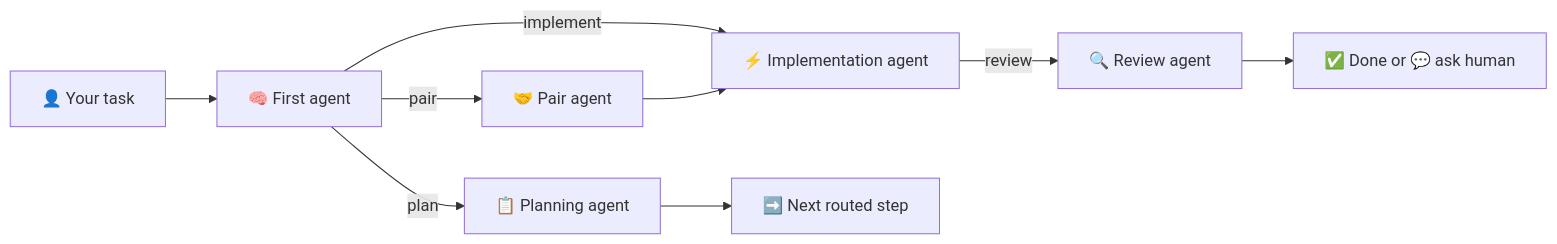
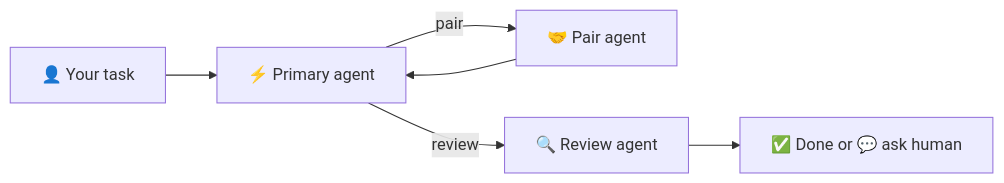
Before and after one commit to vjvkrm/coding-agent-git-pipe: the diagram in README.md, drawn with Mermaid. The commit also changed other lines of this file and 16 other files, not shown here.

````diff
--- a/README.md
+++ b/README.md
@@ -80,11 +80,8 @@
 ```mermaid
 flowchart LR
-    U["👤 Your task"] --> A["🧠 First agent"]
-    A -->|plan| P["📋 Planning agent"]
-    A -->|implement| I["⚡ Implementation agent"]
-    A -->|pair| X["🤝 Pair agent"]
-    I -->|review| R["🔍 Review agent"]
-    P --> N["➡️ Next routed step"]
-    X --> I
+    U["👤 Your task"] --> P["⚡ Primary agent"]
+    P -->|pair| X["🤝 Pair agent"]
+    P -->|review| R["🔍 Review agent"]
+    X --> P
     R --> D["✅ Done or 💬 ask human"]
 ```
````
